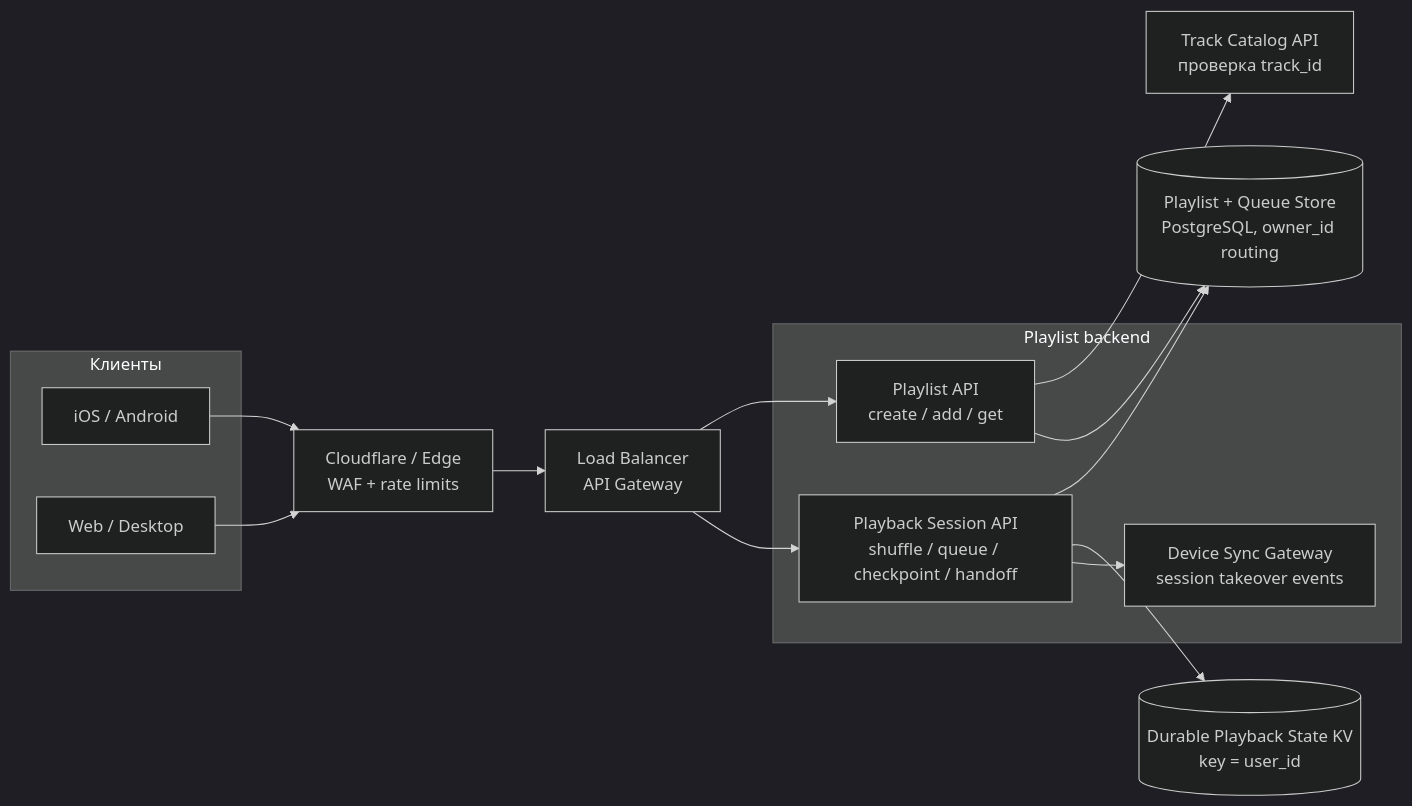
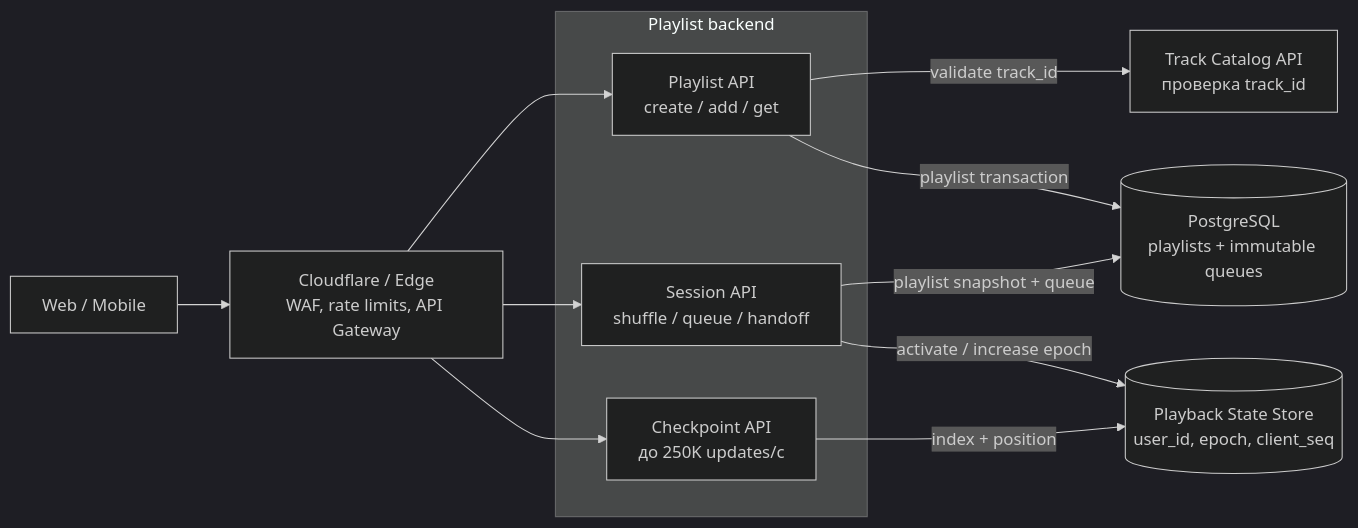
Before and after one commit to fev0ks/LearnGoLang: the first of 2 diagrams in docs/senior-golang-study/05-system-design/interview-cases/17-music-playlist-service.md, drawn with Mermaid (dark theme). The commit also changed other lines of this file and 3 other files, not shown here.

````diff
--- a/docs/senior-golang-study/05-system-design/interview-cases/17-music-playlist-service.md
+++ b/docs/senior-golang-study/05-system-design/interview-cases/17-music-playlist-service.md
@@ -204,31 +209,26 @@
 ```mermaid
 flowchart LR
-    subgraph Clients["Клиенты"]
-        Mobile["iOS / Android"]
-        Desktop["Web / Desktop"]
-    end
-
-    Edge["Cloudflare / Edge<br/>WAF + rate limits"]
-    Gateway["Load Balancer<br/>API Gateway"]
+    Client["Web / Mobile"]
+    Gateway["Cloudflare / Edge<br/>WAF, rate limits, API Gateway"]
 
     subgraph PlaylistDomain["Playlist backend"]
         PlaylistAPI["Playlist API<br/>create / add / get"]
-        PlaybackAPI["Playback Session API<br/>shuffle / queue / checkpoint / handoff"]
-        Sync["Device Sync Gateway<br/>session takeover events"]
+        SessionAPI["Session API<br/>shuffle / queue / handoff"]
+        CheckpointAPI["Checkpoint API<br/>до 250K updates/с"]
     end
 
     TrackCatalog["Track Catalog API<br/>проверка track_id"]
-    PlaylistDB[("Playlist + Queue Store<br/>PostgreSQL, owner_id routing")]
-    StateKV[("Durable Playback State KV<br/>key = user_id")]
+    PlaylistDB[("PostgreSQL<br/>playlists + immutable queues")]
+    StateKV[("Playback State Store<br/>user_id, epoch, client_seq")]
 
-    Mobile --> Edge
-    Desktop --> Edge
-    Edge --> Gateway
+    Client --> Gateway
     Gateway --> PlaylistAPI
-    Gateway --> PlaybackAPI
-    PlaylistAPI --> TrackCatalog
-    PlaylistAPI --> PlaylistDB
-    PlaybackAPI --> PlaylistDB
-    PlaybackAPI --> StateKV
-    PlaybackAPI --> Sync
+    Gateway --> SessionAPI
+    Gateway --> CheckpointAPI
+
+    PlaylistAPI -->|"validate track_id"| TrackCatalog
+    PlaylistAPI -->|"playlist transaction"| PlaylistDB
+    SessionAPI -->|"playlist snapshot + queue"| PlaylistDB
+    SessionAPI -->|"activate / increase epoch"| StateKV
+    CheckpointAPI -->|"index + position"| StateKV
 ```
````
